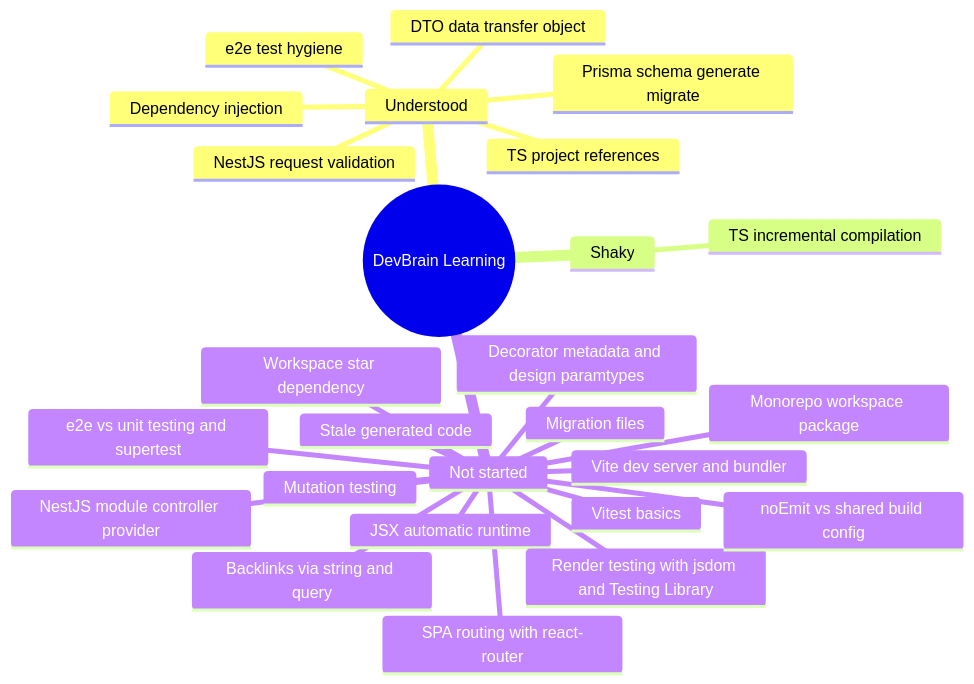
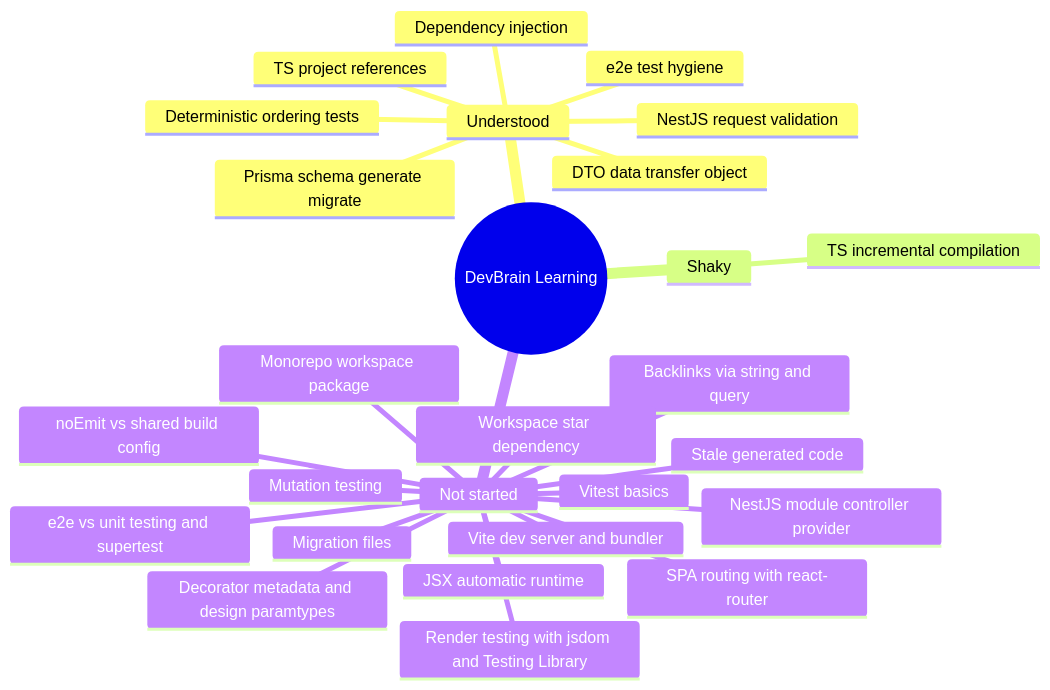
Before and after one commit to Phonghigh/DevBrain: the diagram in docs/LEARNING_LOG.md, drawn with Mermaid. The commit also changed other lines of this file and 9 other files, not shown here.

````diff
--- a/docs/LEARNING_LOG.md
+++ b/docs/LEARNING_LOG.md
@@ -44,29 +45,30 @@
 ```mermaid
 mindmap
   root((DevBrain Learning))
     Understood
       Dependency injection
       Prisma schema generate migrate
       TS project references
       DTO data transfer object
       NestJS request validation
       e2e test hygiene
+      Deterministic ordering tests
     Shaky
       TS incremental compilation
     Not started
       Monorepo workspace package
       Vitest basics
       NestJS module controller provider
       Vite dev server and bundler
       SPA routing with react-router
       JSX automatic runtime
       e2e vs unit testing and supertest
       Decorator metadata and design paramtypes
       Render testing with jsdom and Testing Library
       Mutation testing
       Backlinks via string and query
       Migration files
       Stale generated code
       Workspace star dependency
       noEmit vs shared build config
 ```
````
